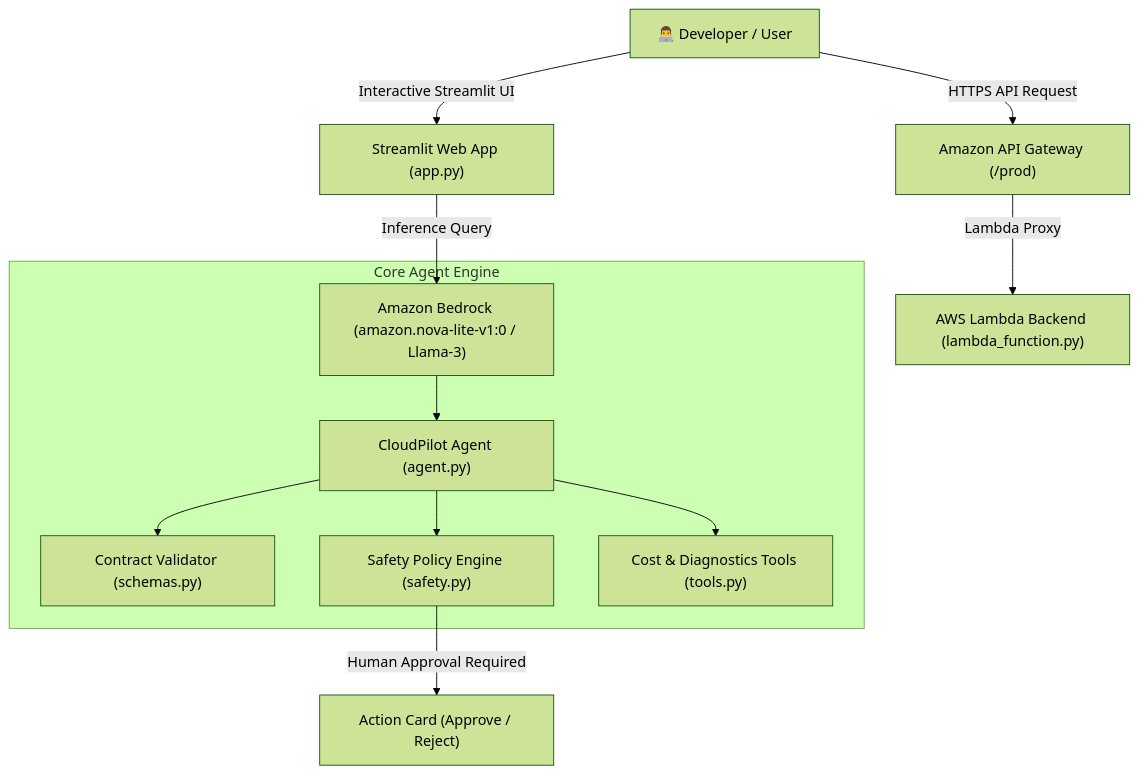
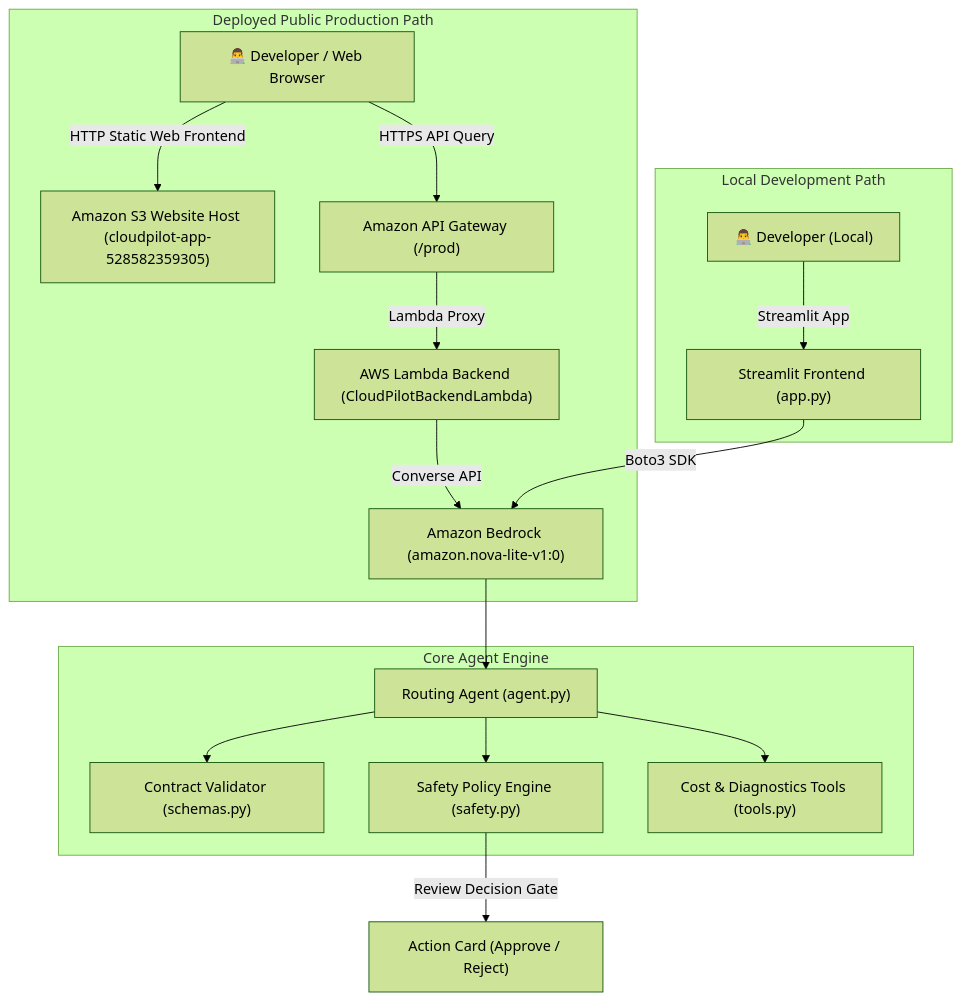
One commit to omayrq/Cloudpilot changed the diagram in README.md. Above: the diagram before and after it, drawn with Mermaid (forest theme). The commit also changed other lines of this file and 4 other files, not shown here.

Commit message:
docs(review): address reviewer feedback on human review prototype, pricing disclaimers, and risk indicators

````diff
--- a/README.md
+++ b/README.md
@@ -33,17 +34,23 @@
 ```mermaid
 flowchart TD
-    User["👨‍💻 Developer / User"] -->|Interactive Streamlit UI| App["Streamlit Web App (app.py)"]
-    User -->|HTTPS API Request| APIGW["Amazon API Gateway (/prod)"]
-    
-    APIGW -->|Lambda Proxy| Lambda["AWS Lambda Backend (lambda_function.py)"]
-    App -->|Inference Query| Bedrock["Amazon Bedrock (amazon.nova-lite-v1:0 / Llama-3)"]
-    
+    subgraph Deployed Public Production Path
+        User["👨‍💻 Developer / Web Browser"] -->|HTTP Static Web Frontend| S3["Amazon S3 Website Host (cloudpilot-app-528582359305)"]
+        User -->|HTTPS API Query| APIGW["Amazon API Gateway (/prod)"]
+        APIGW -->|Lambda Proxy| Lambda["AWS Lambda Backend (CloudPilotBackendLambda)"]
+        Lambda -->|Converse API| Bedrock["Amazon Bedrock (amazon.nova-lite-v1:0)"]
+    end
+
+    subgraph Local Development Path
+        DevUser["👨‍💻 Developer (Local)"] -->|Streamlit App| LocalApp["Streamlit Frontend (app.py)"]
+        LocalApp -->|Boto3 SDK| Bedrock
+    end
+
     subgraph Core Agent Engine
-        Bedrock --> Agent["CloudPilot Agent (agent.py)"]
+        Bedrock --> Agent["Routing Agent (agent.py)"]
         Agent --> Schema["Contract Validator (schemas.py)"]
         Agent --> Safety["Safety Policy Engine (safety.py)"]
         Agent --> Tools["Cost & Diagnostics Tools (tools.py)"]
     end
     
-    Safety -->|Human Approval Required| ActionCard["Action Card (Approve / Reject)"]
+    Safety -->|Review Decision Gate| ActionCard["Action Card (Approve / Reject)"]
 ```
````
